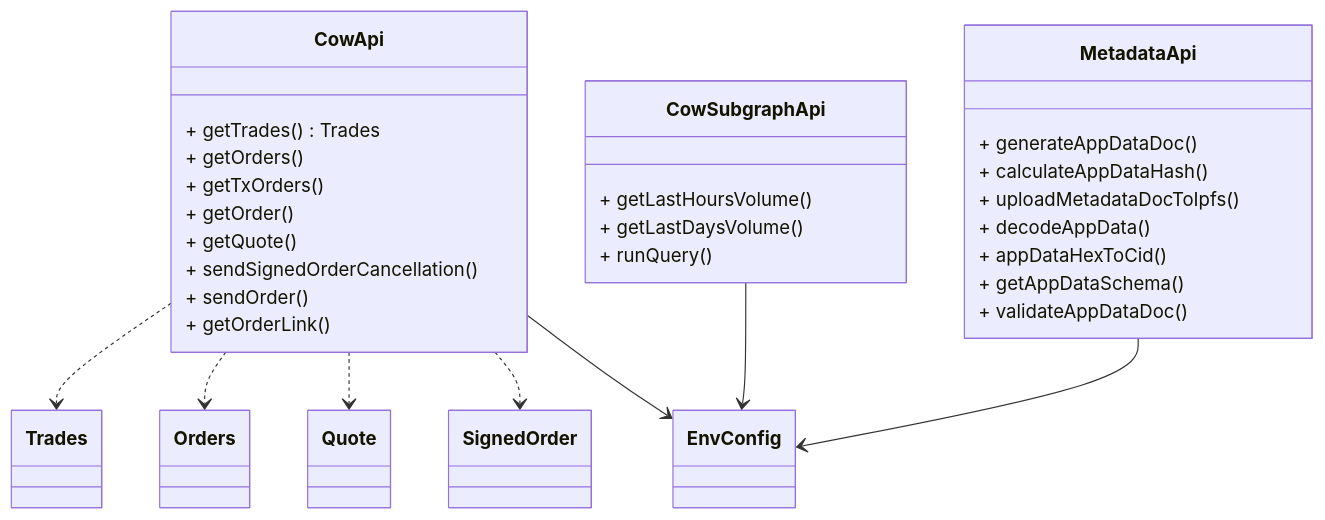
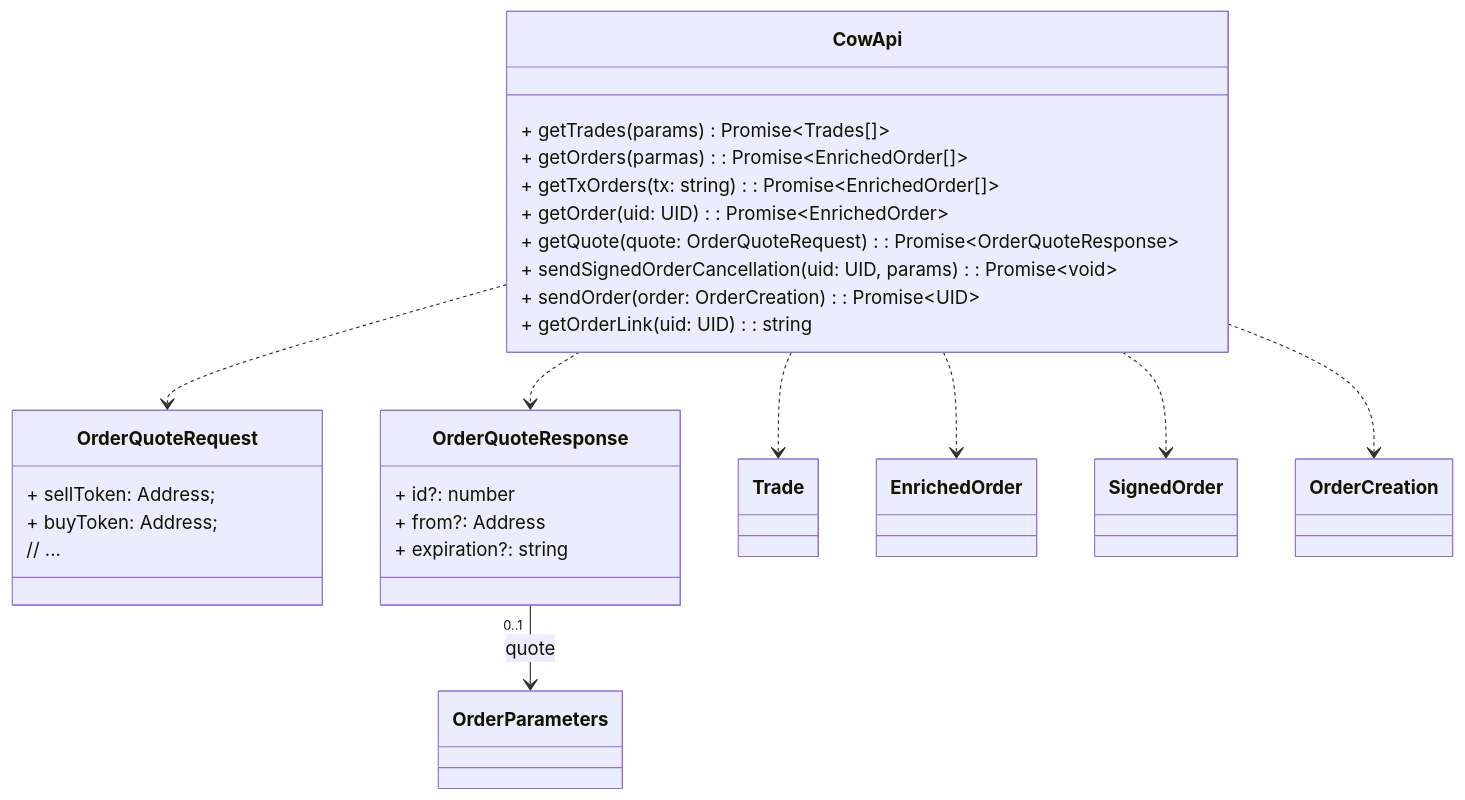
The fifth of 7 diagrams in docs/architecture.md (cowprotocol/cow-sdk), drawn with Mermaid before and after one commit. The commit also changed other lines of this file, not shown here.

Commit message:
Document API

````diff
--- a/docs/architecture.md
+++ b/docs/architecture.md
@@ -195,39 +208,38 @@
 ```mermaid
 classDiagram
 
 class CowApi {
-  + getTrades() Trades
-  + getOrders()
-  + getTxOrders()
-  + getOrder()
-  + getQuote()
-  + sendSignedOrderCancellation()
-  + sendOrder()
-  + getOrderLink()
+  + getTrades(params) Promise~Trades[]~
+  + getOrders(parmas): Promise~EnrichedOrder[]~
+  + getTxOrders(tx: string): Promise~EnrichedOrder[]~
+  + getOrder(uid: UID): Promise~EnrichedOrder~
+  + getQuote(quote: OrderQuoteRequest): Promise~OrderQuoteResponse~
+  + sendSignedOrderCancellation(uid: UID, params): Promise~void~
+  + sendOrder(order: OrderCreation): Promise~UID~
+  + getOrderLink(uid: UID): string
 }
 
-CowApi ..> Trades
-CowApi ..> Orders
-CowApi ..> Quote
-CowApi ..> SignedOrder
 
-class CowSubgraphApi {
-  + getLastHoursVolume()
-  + getLastDaysVolume()
-  + runQuery()
+
+class OrderQuoteRequest {
+  + sellToken: Address;
+  + buyToken: Address;
+  // ...
 }
 
-class MetadataApi {
-  + generateAppDataDoc()
-  + calculateAppDataHash()
-  + uploadMetadataDocToIpfs()
-  + decodeAppData()
-  + appDataHexToCid()
-  + getAppDataSchema()
-  + validateAppDataDoc()
+
+class OrderQuoteResponse{
+  + id?: number
+  + from?: Address
+  + expiration?: string
 }
 
-CowApi --> EnvConfig
-CowSubgraphApi --> EnvConfig
-MetadataApi --> EnvConfig
+OrderQuoteResponse "0..1" --> OrderParameters: quote
+
+CowApi ..> Trade
+CowApi ..> EnrichedOrder
+CowApi ..> SignedOrder
+CowApi ..> OrderCreation
+CowApi ..> OrderQuoteResponse
+CowApi ..> OrderQuoteRequest
 ```
````
